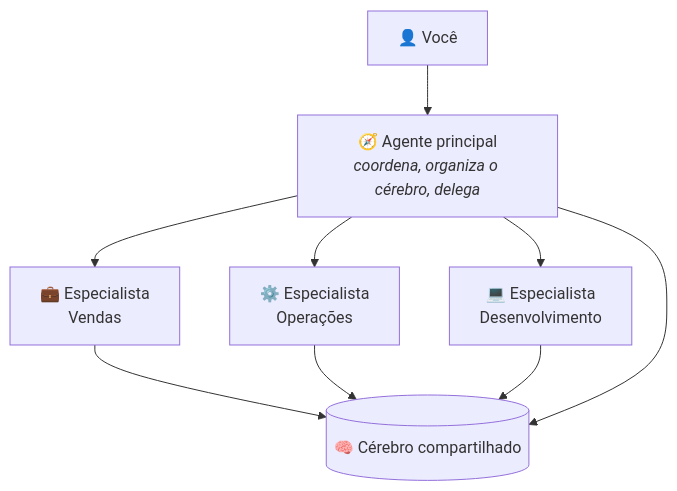
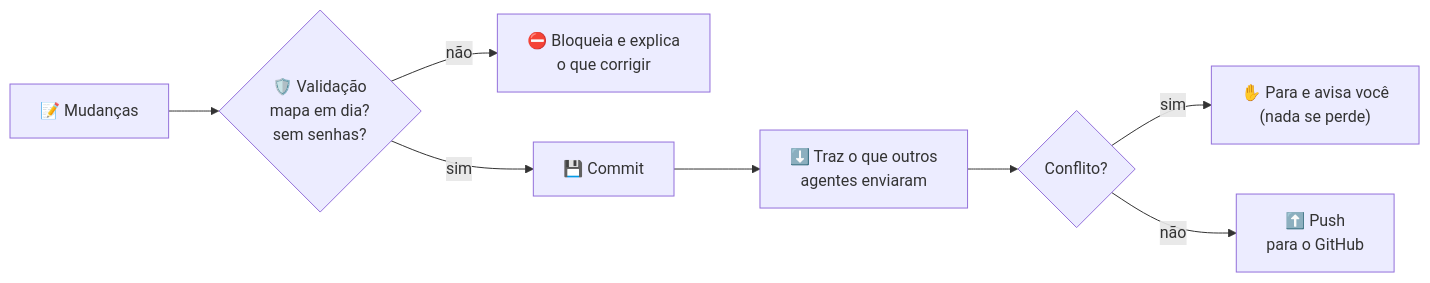
Before and after one commit to DizevolvTech/hermes-agent-template: the fourth of 4 diagrams in README.md, drawn with Mermaid. The commit also changed other lines of this file and 21 other files, not shown here.

First line of the commit message:
feat: v1.4.0 — sync padronizado pelos agentes e diagrama do cérebro ao centro

````diff
--- a/README.md
+++ b/README.md
@@ -94,9 +95,10 @@
 ```mermaid
-flowchart TB
-    H["👤 Você"] --> O["🧭 Agente principal<br/><i>coordena, organiza o cérebro, delega</i>"]
-    O --> V["💼 Especialista<br/>Vendas"]
-    O --> OP["⚙️ Especialista<br/>Operações"]
-    O --> D["💻 Especialista<br/>Desenvolvimento"]
-    V & OP & D --> C[("🧠 Cérebro compartilhado")]
-    O --> C
+flowchart LR
+    A["📝 Mudanças"] --> B{"🛡️ Validação<br/>mapa em dia?<br/>sem senhas?"}
+    B -- "não" --> H1["⛔ Bloqueia e explica<br/>o que corrigir"]
+    B -- "sim" --> C["💾 Commit"]
+    C --> D["⬇️ Traz o que outros<br/>agentes enviaram"]
+    D --> E{"Conflito?"}
+    E -- "sim" --> H2["✋ Para e avisa você<br/>(nada se perde)"]
+    E -- "não" --> F["⬆️ Push<br/>para o GitHub"]
 ```
````
